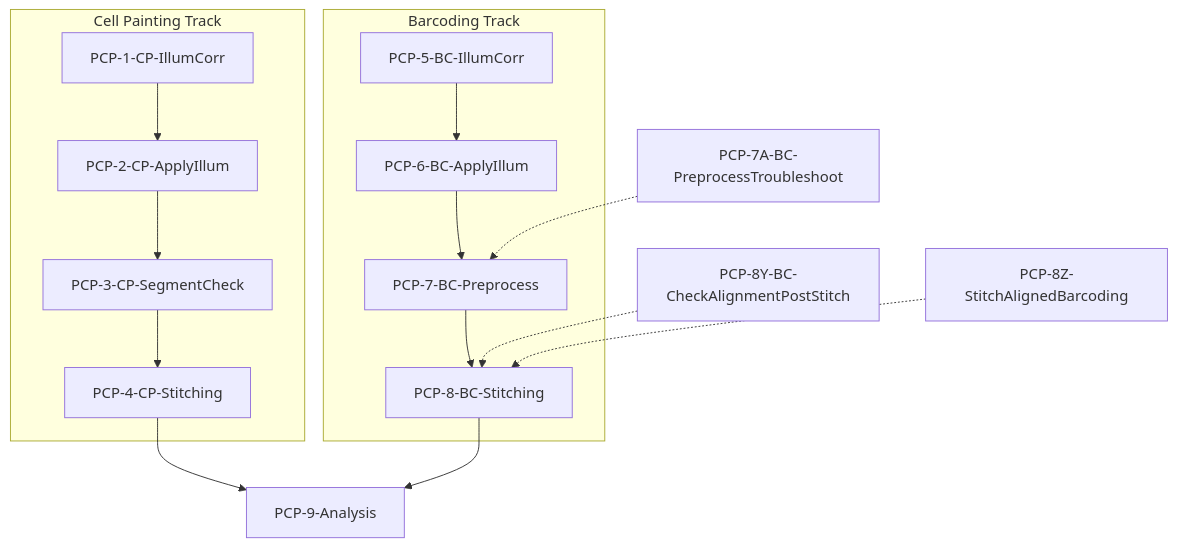
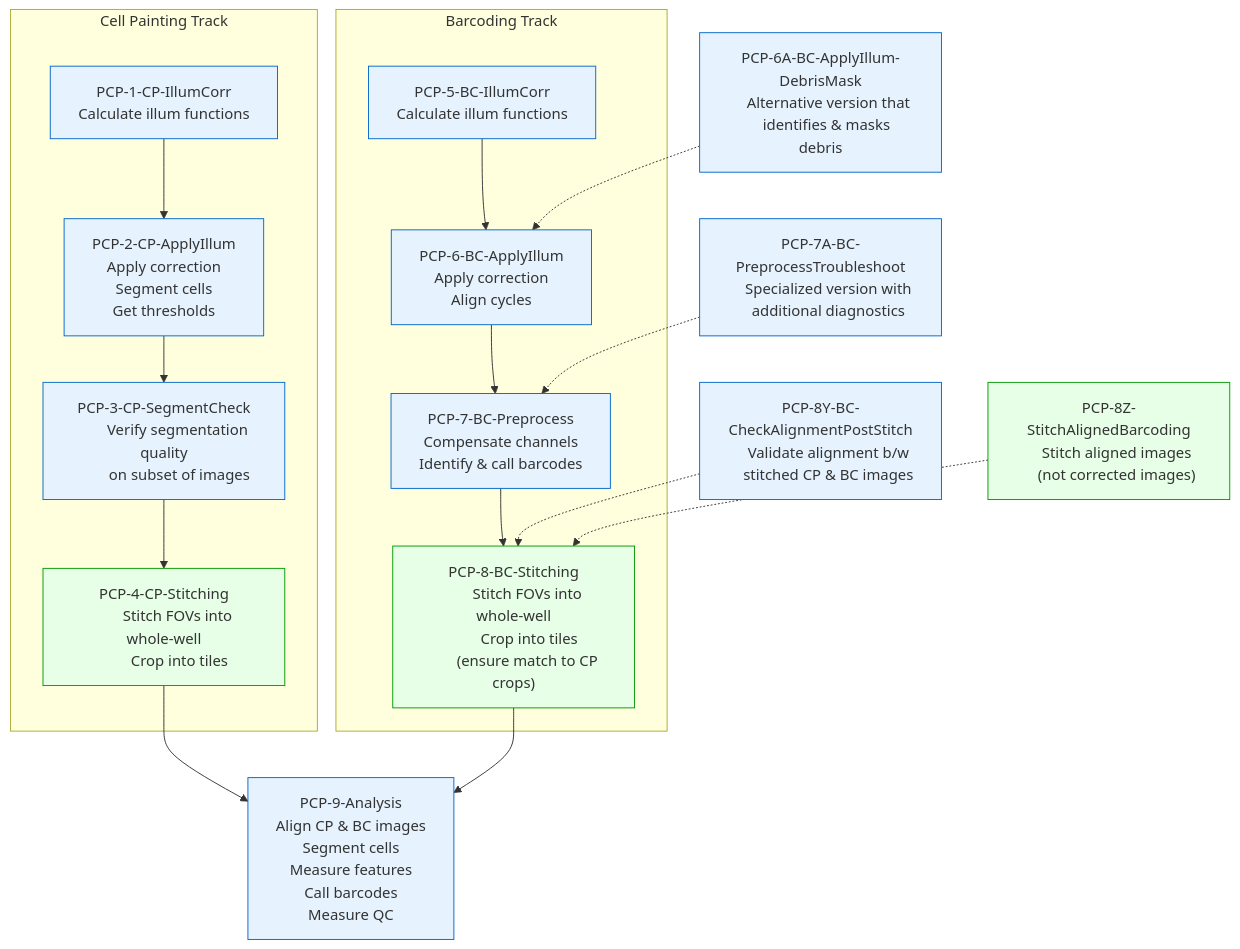
The first of 2 diagrams in docs/CellProfiler_Pipeline_Details.md (shntnu/pooled-cell-painting-image-processing), drawn with Mermaid before and after one commit. The commit also changed other lines of this file, not shown here.

````diff
--- a/docs/CellProfiler_Pipeline_Details.md
+++ b/docs/CellProfiler_Pipeline_Details.md
@@ -25,21 +26,63 @@
 ```mermaid
 flowchart TD
+    %% Main pipelines with detailed descriptions
     subgraph "Cell Painting Track"
-        PCP1[PCP-1-CP-IllumCorr] --> PCP2[PCP-2-CP-ApplyIllum]
-        PCP2 --> PCP3[PCP-3-CP-SegmentCheck]
-        PCP3 --> PCP4[PCP-4-CP-Stitching]
+        PCP1["PCP-1-CP-IllumCorr
+        Calculate illum functions"] -->
+        PCP2["PCP-2-CP-ApplyIllum
+        Apply correction
+        Segment cells
+        Get thresholds"] -->
+        PCP3["PCP-3-CP-SegmentCheck
+        Verify segmentation quality
+        on subset of images"]
+        PCP3 --> PCP4["PCP-4-CP-Stitching
+        Stitch FOVs into whole-well
+        Crop into tiles"]
     end
     
     subgraph "Barcoding Track"
-        PCP5[PCP-5-BC-IllumCorr] --> PCP6[PCP-6-BC-ApplyIllum]
-        PCP6 --> PCP7[PCP-7-BC-Preprocess]
-        PCP7 --> PCP8[PCP-8-BC-Stitching]
+        PCP5["PCP-5-BC-IllumCorr
+        Calculate illum functions"] -->
+        PCP6["PCP-6-BC-ApplyIllum
+        Apply correction
+        Align cycles"] -->
+        PCP7["PCP-7-BC-Preprocess
+        Compensate channels
+        Identify & call barcodes"] -->
+        PCP8["PCP-8-BC-Stitching
+        Stitch FOVs into whole-well
+        Crop into tiles
+        (ensure match to CP crops)"]
     end
     
-    PCP4 & PCP8 --> PCP9[PCP-9-Analysis]
+    PCP4 & PCP8 --> PCP9["PCP-9-Analysis
+        Align CP & BC images
+        Segment cells
+        Measure features
+        Call barcodes
+        Measure QC"]
 
-    PCP8Y[PCP-8Y-BC-CheckAlignmentPostStitch] -.-> PCP8
-    PCP8Z[PCP-8Z-StitchAlignedBarcoding] -.-> PCP8
+    %% Troubleshooting/specialized pipelines
+    PCP8Y["PCP-8Y-BC-CheckAlignmentPostStitch
+    Validate alignment b/w
+    stitched CP & BC images"] -.-> PCP8
+    PCP8Z["PCP-8Z-StitchAlignedBarcoding
+    Stitch aligned images
+    (not corrected images)"] -.-> PCP8
     
-    PCP7A[PCP-7A-BC-PreprocessTroubleshoot] -.-> PCP7
+    PCP7A["PCP-7A-BC-PreprocessTroubleshoot
+    Specialized version with
+    additional diagnostics"] -.-> PCP7
+    
+    PCP6A["PCP-6A-BC-ApplyIllum-DebrisMask
+    Alternative version that
+    identifies & masks debris"] -.-> PCP6
+    
+    %% Processing platforms
+    classDef cellprofiler fill:#e6f3ff,stroke:#0066cc
+    classDef fiji fill:#e6ffe6,stroke:#009900
+    
+    class PCP1,PCP2,PCP3,PCP5,PCP6,PCP7,PCP7A,PCP8Y,PCP9,PCP6A cellprofiler
+    class PCP4,PCP8,PCP8Z fiji
 ```
````
